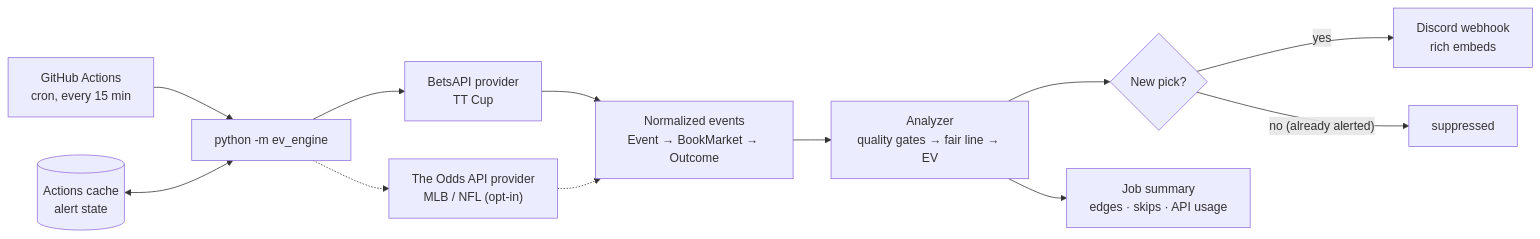
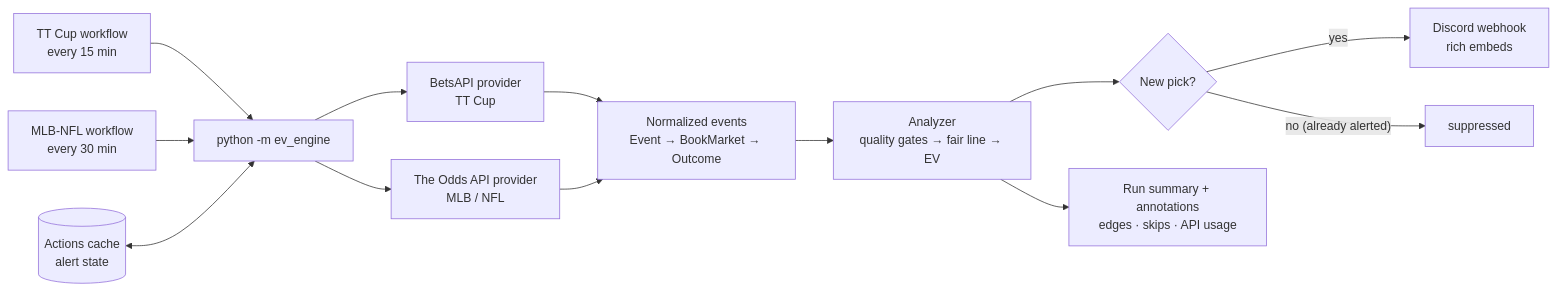
One commit to stardust1327/tt-ev-engine changed the diagram in README.md. Above: the diagram before and after it, drawn with Mermaid. The commit also changed other lines of this file and 5 other files, not shown here.

First line of the commit message:
Add MLB/NFL workflow and run annotations

````diff
--- a/README.md
+++ b/README.md
@@ -21,14 +21,15 @@
 ```mermaid
 flowchart LR
-  cron["GitHub Actions<br/>cron, every 15 min"] --> cli["python -m ev_engine"]
+  cron1["TT Cup workflow<br/>every 15 min"] --> cli["python -m ev_engine"]
+  cron2["MLB-NFL workflow<br/>every 30 min"] --> cli
   cache[("Actions cache<br/>alert state")] <--> cli
   cli --> p1["BetsAPI provider<br/>TT Cup"]
-  cli -.-> p2["The Odds API provider<br/>MLB / NFL (opt-in)"]
+  cli --> p2["The Odds API provider<br/>MLB / NFL"]
   p1 --> norm["Normalized events<br/>Event → BookMarket → Outcome"]
-  p2 -.-> norm
+  p2 --> norm
   norm --> an["Analyzer<br/>quality gates → fair line → EV"]
   an --> dd{"New pick?"}
   dd -- yes --> dc["Discord webhook<br/>rich embeds"]
   dd -- "no (already alerted)" --> skip["suppressed"]
-  an --> sum["Job summary<br/>edges · skips · API usage"]
+  an --> sum["Run summary + annotations<br/>edges · skips · API usage"]
 ```
````
